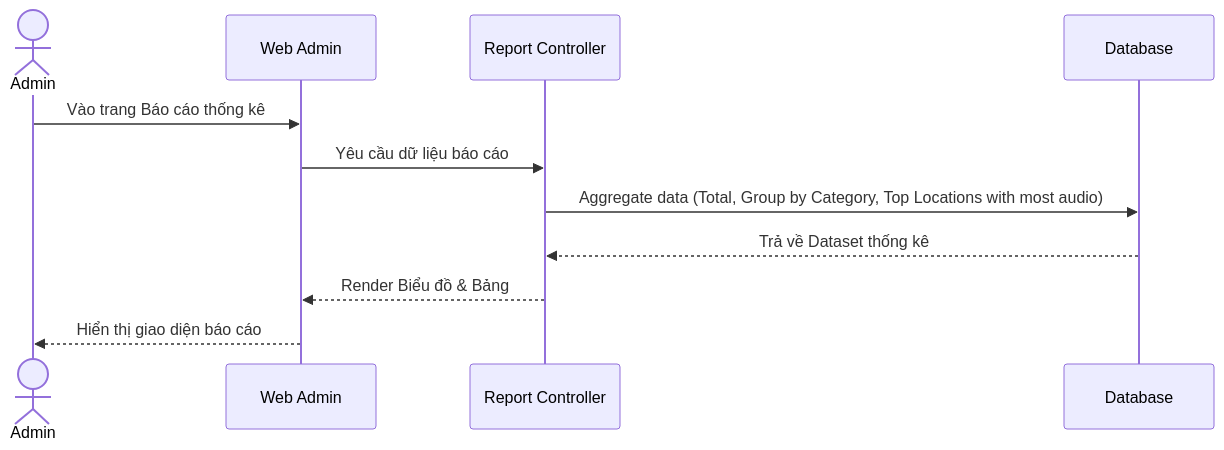
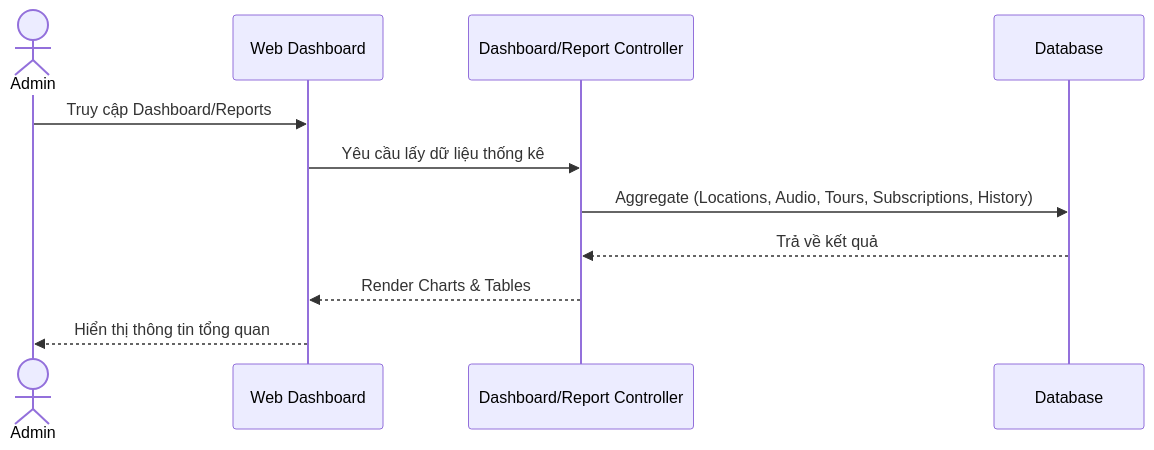
Diagram 11 of 11 in system_sequence_diagrams.md (CuongNguyen-0712/AudioLife), drawn with Mermaid before and after one commit. The commit also changed other lines of this file and 392 other files, not shown here.

````diff
--- a/system_sequence_diagrams.md
+++ b/system_sequence_diagrams.md
@@ -243,14 +259,14 @@
 ```mermaid
 sequenceDiagram
     actor Admin
-    participant Web as Web Admin
-    participant RepCtrl as Report Controller
+    participant Web as Web Dashboard
+    participant API as Dashboard/Report Controller
     participant DB as Database
     
-    Admin->>Web: Vào trang Báo cáo thống kê
-    Web->>RepCtrl: Yêu cầu dữ liệu báo cáo
-    RepCtrl->>DB: Aggregate data (Total, Group by Category, Top Locations with most audio)
-    DB-->>RepCtrl: Trả về Dataset thống kê
-    RepCtrl-->>Web: Render Biểu đồ & Bảng
-    Web-->>Admin: Hiển thị giao diện báo cáo
+    Admin->>Web: Truy cập Dashboard/Reports
+    Web->>API: Yêu cầu lấy dữ liệu thống kê
+    API->>DB: Aggregate (Locations, Audio, Tours, Subscriptions, History)
+    DB-->>API: Trả về kết quả
+    API-->>Web: Render Charts & Tables
+    Web-->>Admin: Hiển thị thông tin tổng quan
 ```
````
